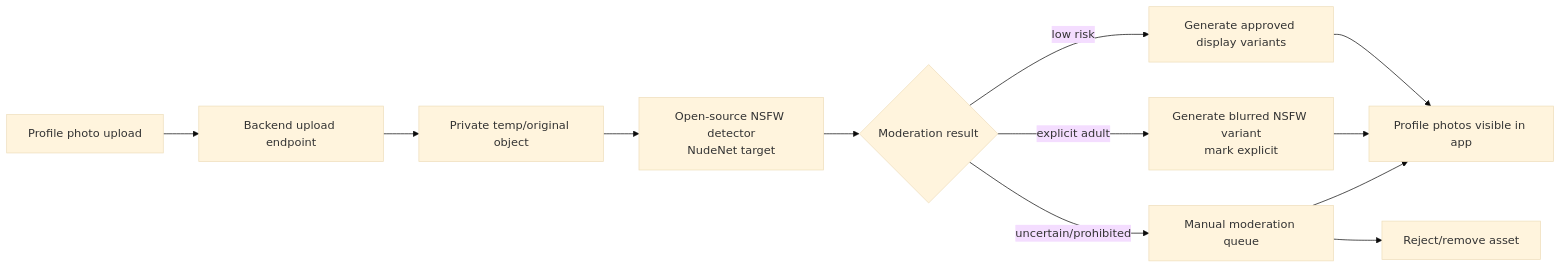
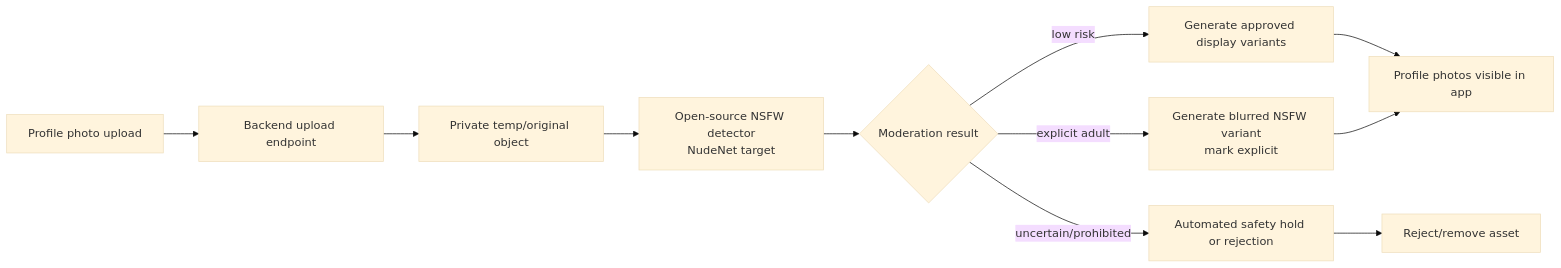
Before and after one commit to cruush-social/Cruushv2: the sixth of 7 diagrams in docs/architecture-whiteboard.md, drawn with Mermaid (base theme). The commit also changed other lines of this file and 51 other files, not shown here.

````diff
--- a/docs/architecture-whiteboard.md
+++ b/docs/architecture-whiteboard.md
@@ -218,14 +218,13 @@
 ```mermaid
 flowchart LR
   Upload["Profile photo upload"] --> Api["Backend upload endpoint"]
   Api --> Temp["Private temp/original object"]
   Temp --> Detector["Open-source NSFW detector\nNudeNet target"]
   Detector --> Decision{"Moderation result"}
   Decision -->|low risk| Variants["Generate approved display variants"]
   Decision -->|explicit adult| Blur["Generate blurred NSFW variant\nmark explicit"]
-  Decision -->|uncertain/prohibited| Review["Manual moderation queue"]
+  Decision -->|uncertain/prohibited| Review["Automated safety hold or rejection"]
   Variants --> Publish["Profile photos visible in app"]
   Blur --> Publish
-  Review --> Publish
   Review --> Reject["Reject/remove asset"]
 ```
````
